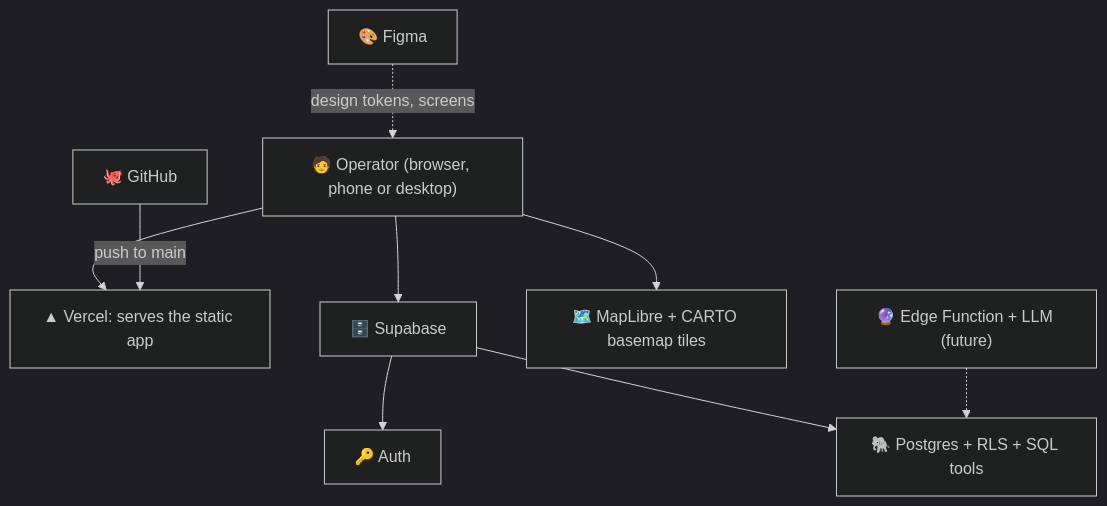
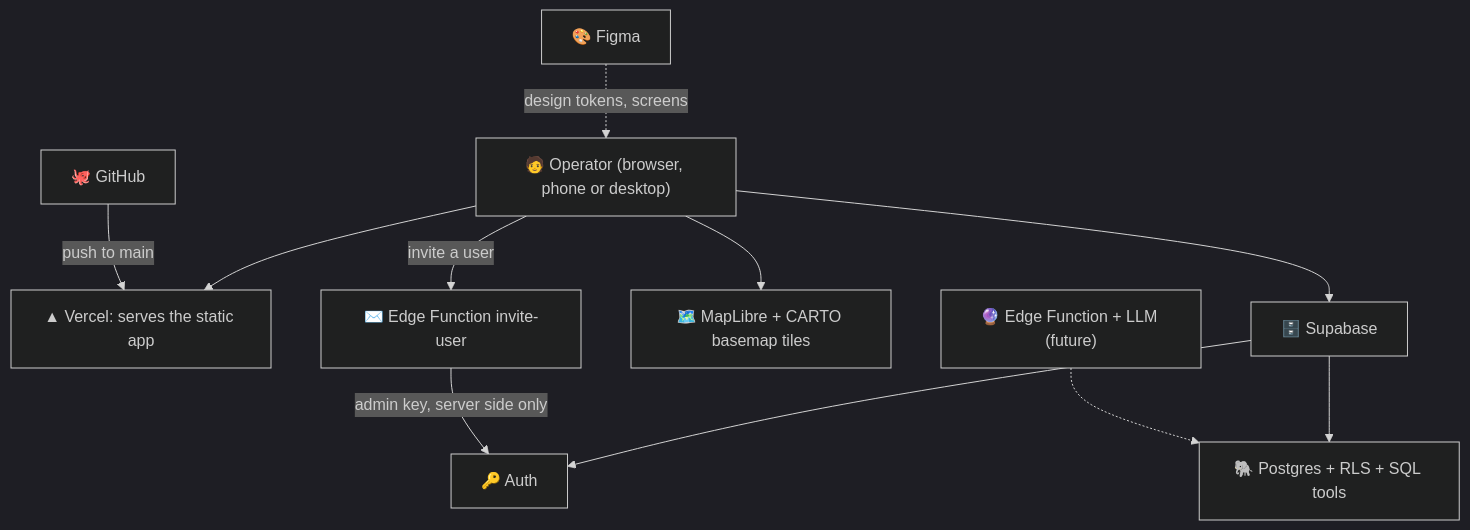
The diagram in docs/architecture.md (juanfer-ux/CivicPulse), drawn with Mermaid (dark theme) before and after one commit. The commit also changed other lines of this file and 15 other files, not shown here.

````diff
--- a/docs/architecture.md
+++ b/docs/architecture.md
@@ -6,11 +6,13 @@
 ```mermaid
 flowchart TB
   U["🧑 Operator (browser, phone or desktop)"] --> V["▲ Vercel: serves the static app"]
   U --> S["🗄️ Supabase"]
   S --> AU["🔑 Auth"]
   S --> DB["🐘 Postgres + RLS + SQL tools"]
   U --> MAP["🗺️ MapLibre + CARTO basemap tiles"]
   G["🐙 GitHub"] -->|"push to main"| V
   F["🎨 Figma"] -.->|"design tokens, screens"| U
+  U -->|"invite a user"| INV["✉️ Edge Function invite-user"]
+  INV -->|"admin key, server side only"| AU
   EF["🔮 Edge Function + LLM (future)"] -.-> DB
 ```
````
